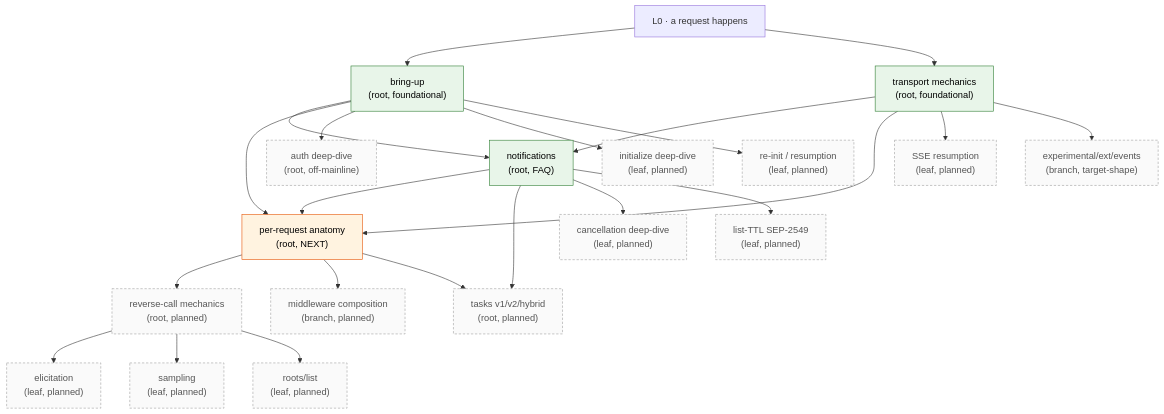
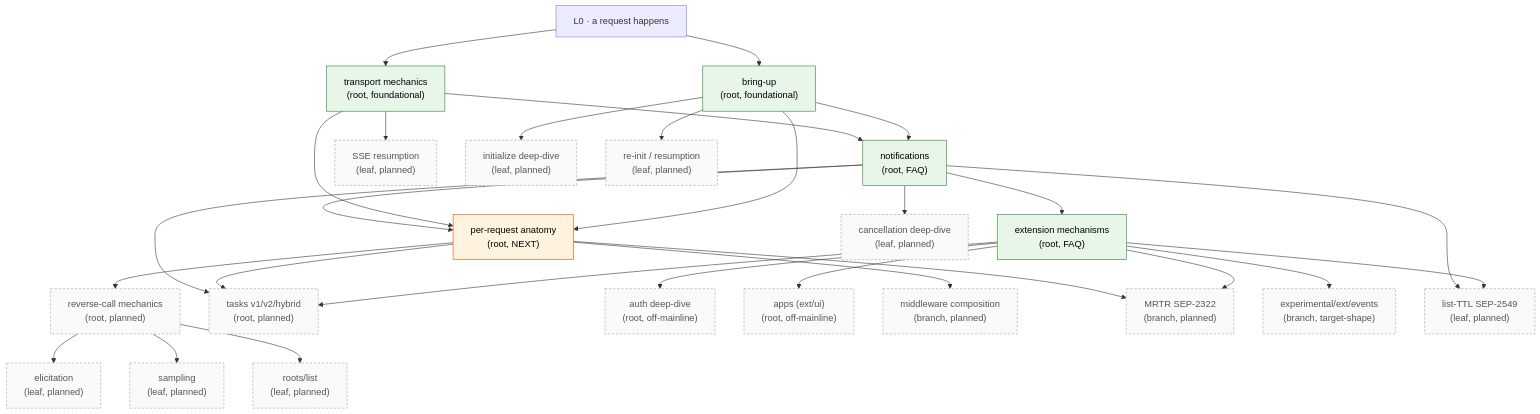
The diagram in tutorials/walkthrough/INDEX.md (panyam/mcpkit), drawn with Mermaid before and after one commit. The commit also changed other lines of this file and 4 other files, not shown here.

First line of the commit message:
docs(tutorial): write extension-mechanisms root in FAQ-style

````diff
--- a/tutorials/walkthrough/INDEX.md
+++ b/tutorials/walkthrough/INDEX.md
@@ -57,61 +60,71 @@
 ```mermaid
 graph TD
     L0[L0 · a request happens]
 
     bringup["bring-up<br/>(root, foundational)"]
     wire["transport mechanics<br/>(root, foundational)"]
     notif["notifications<br/>(root, FAQ)"]
+    ext["extension mechanisms<br/>(root, FAQ)"]
 
     anat["per-request anatomy<br/>(root, NEXT)"]
     rev["reverse-call mechanics<br/>(root, planned)"]
     tasks["tasks v1/v2/hybrid<br/>(root, planned)"]
     auth["auth deep-dive<br/>(root, off-mainline)"]
+    apps["apps (ext/ui)<br/>(root, off-mainline)"]
 
     resume["SSE resumption<br/>(leaf, planned)"]
     mw["middleware composition<br/>(branch, planned)"]
+    mrtr["MRTR SEP-2322<br/>(branch, planned)"]
     init["initialize deep-dive<br/>(leaf, planned)"]
     reinit["re-init / resumption<br/>(leaf, planned)"]
     events["experimental/ext/events<br/>(branch, target-shape)"]
     elicit["elicitation<br/>(leaf, planned)"]
     sample["sampling<br/>(leaf, planned)"]
     rootsLeaf["roots/list<br/>(leaf, planned)"]
     canceldeep["cancellation deep-dive<br/>(leaf, planned)"]
     listttl["list-TTL SEP-2549<br/>(leaf, planned)"]
 
     L0 --> bringup
     L0 --> wire
 
     bringup --> notif
     wire --> notif
+    notif --> ext
     bringup --> anat
     wire --> anat
     notif --> anat
-    bringup --> auth
 
+    ext --> tasks
+    ext --> auth
+    ext --> apps
+    ext --> events
+    ext --> mrtr
+    ext --> listttl
     anat --> rev
     anat --> mw
+    anat --> mrtr
+    anat --> tasks
     notif --> tasks
-    anat --> tasks
 
     wire --> resume
-    wire --> events
     bringup --> init
     bringup --> reinit
 
     rev --> elicit
     rev --> sample
     rev --> rootsLeaf
     notif --> canceldeep
     notif --> listttl
 
     classDef written fill:#e8f5e9,stroke:#2e7d32,color:#000;
     classDef next fill:#fff3e0,stroke:#e65100,color:#000;
     classDef planned fill:#fafafa,stroke:#9e9e9e,stroke-dasharray:4 3,color:#555;
-    class bringup,wire,notif written;
+    class bringup,wire,notif,ext written;
     class anat next;
-    class rev,tasks,auth,resume,mw,init,reinit,events,elicit,sample,rootsLeaf,canceldeep,listttl planned;
+    class rev,tasks,auth,apps,resume,mw,mrtr,init,reinit,events,elicit,sample,rootsLeaf,canceldeep,listttl planned;
 
     click bringup "./bringup.md"
     click wire "./transport-mechanics.md"
     click notif "./notifications.md"
+    click ext "./extension-mechanisms.md"
 ```
````
